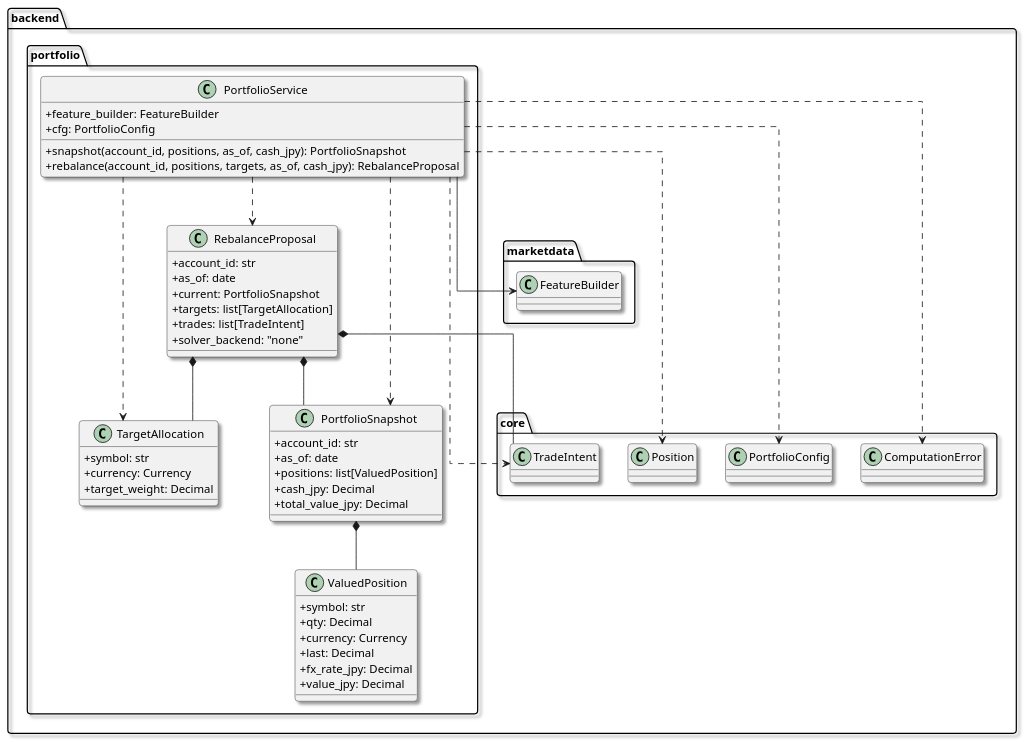
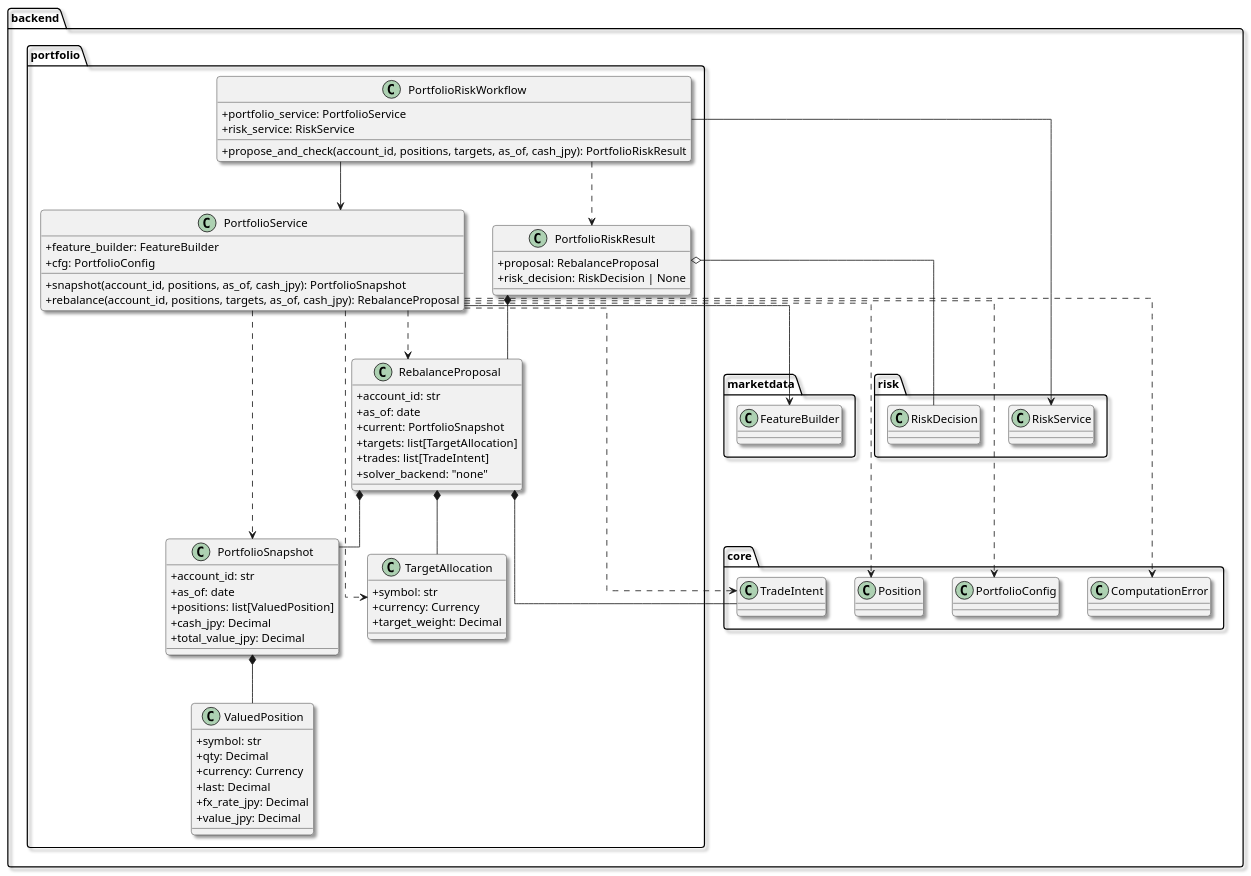
Before and after one commit to yuki-godzilla/Smart_Market_AI: the fourth of 4 diagrams in Documents/04_Detail_Design/04-7_Implementation_Class_Diagram.md, drawn with PlantUML. The commit also changed other lines of this file and 7 other files, not shown here.

Commit message:
Connect portfolio proposals to risk checks

````diff
--- a/Documents/04_Detail_Design/04-7_Implementation_Class_Diagram.md
+++ b/Documents/04_Detail_Design/04-7_Implementation_Class_Diagram.md
@@ -333,6 +333,17 @@
     +trades: list[TradeIntent]
     +solver_backend: "none"
   }
+
+  class PortfolioRiskWorkflow {
+    +portfolio_service: PortfolioService
+    +risk_service: RiskService
+    +propose_and_check(account_id, positions, targets, as_of, cash_jpy): PortfolioRiskResult
+  }
+
+  class PortfolioRiskResult {
+    +proposal: RebalanceProposal
+    +risk_decision: RiskDecision | None
+  }
 }
 
 package "backend.core" {
@@ -344,6 +355,11 @@
 
 package "backend.marketdata" {
   class FeatureBuilder
+}
+
+package "backend.risk" {
+  class RiskService
+  class RiskDecision
 }
 
 PortfolioService --> FeatureBuilder
@@ -358,5 +374,10 @@
 RebalanceProposal *-- PortfolioSnapshot
 RebalanceProposal *-- TargetAllocation
 RebalanceProposal *-- TradeIntent
+PortfolioRiskWorkflow --> PortfolioService
+PortfolioRiskWorkflow --> RiskService
+PortfolioRiskWorkflow ..> PortfolioRiskResult
+PortfolioRiskResult *-- RebalanceProposal
+PortfolioRiskResult o-- RiskDecision
 @enduml
 ```
````
